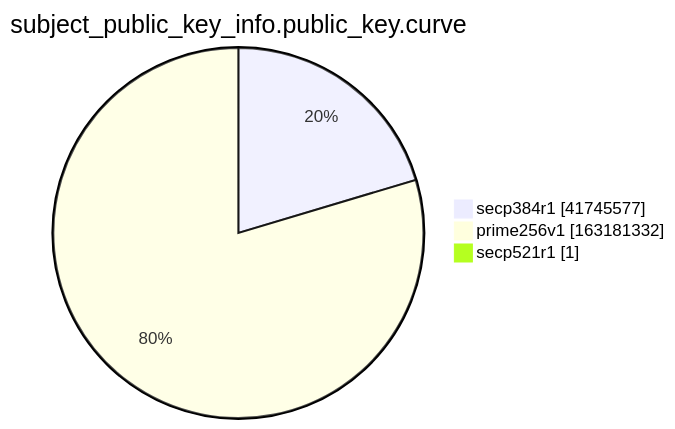
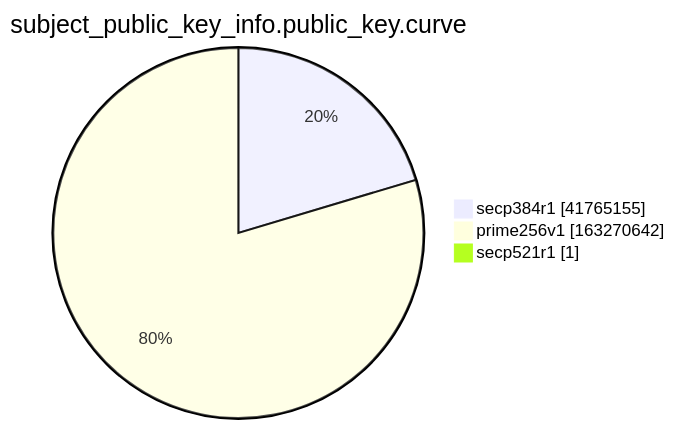
Before and after one commit to christiankrug/ctmonitor_visualization: the ninth of 15 diagrams in xenon2022/README.md, drawn with Mermaid. The commit also changed other lines of this file, not shown here.

````diff
--- a/xenon2022/README.md
+++ b/xenon2022/README.md
@@ -2868,7 +2868,7 @@
 ```mermaid
 pie showData
 title subject_public_key_info.public_key.curve
-"secp384r1" :41745577
-"prime256v1" :163181332
+"secp384r1" :41765155
+"prime256v1" :163270642
 "secp521r1" :1
 ```
````
